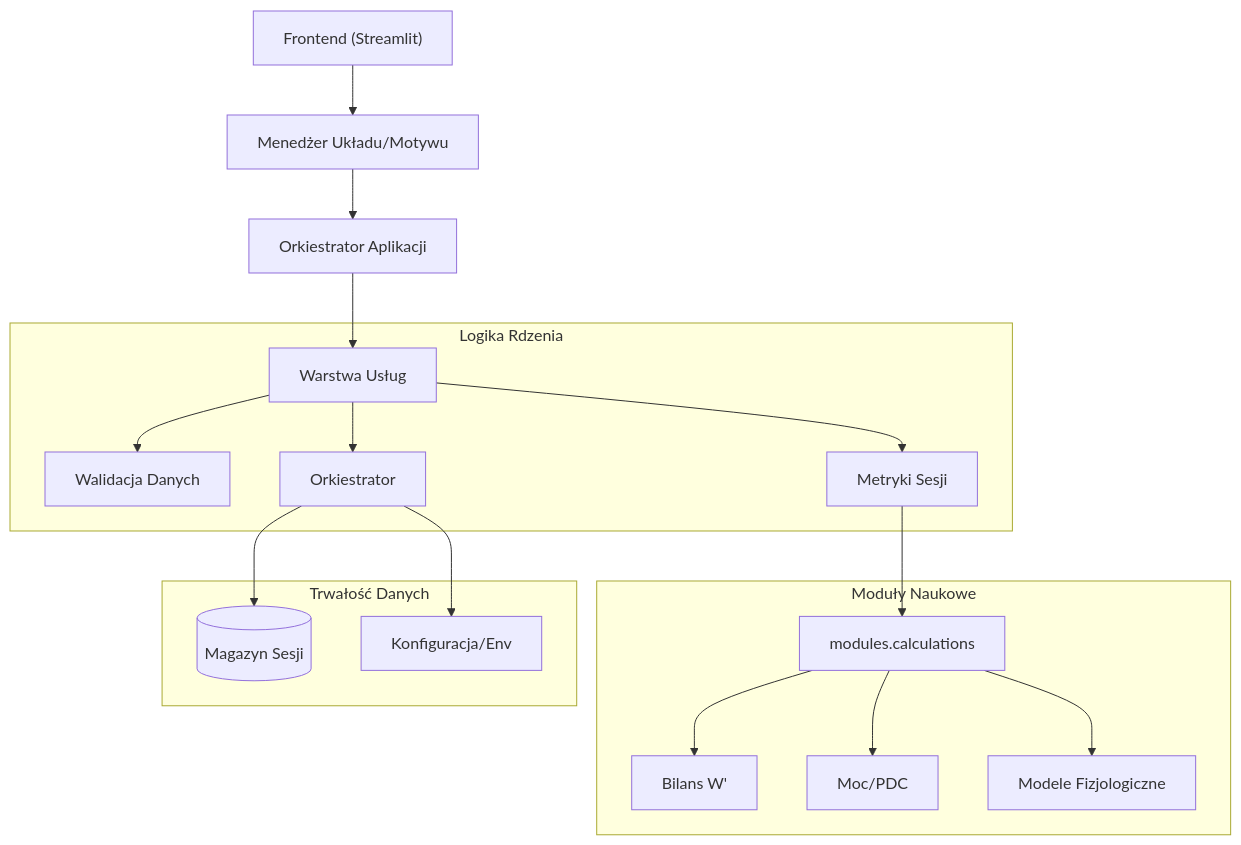
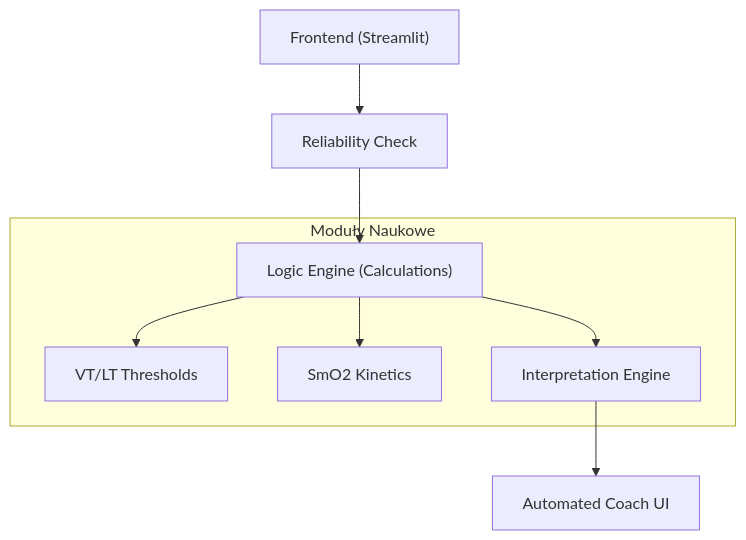
Before and after one commit to WielkiKrzych/Tri_Dashboard: the diagram in README.md, drawn with Mermaid. The commit also changed other lines of this file and 3 other files, not shown here.

Commit message:
feat: Enhance physiological analysis with robust VT detection, SmO2 context, and a reliability engine, reflected in an updated README and new UI quality indicators.

````diff
--- a/README.md
+++ b/README.md
@@ -13,24 +15,13 @@
 ```mermaid
 graph TD
-    UI["Frontend (Streamlit)"] --> Layout["Menedżer Układu/Motywu"]
-    Layout --> App["Orkiestrator Aplikacji"]
-    App --> Services["Warstwa Usług"]
+    UI["Frontend (Streamlit)"] --> Quality["Reliability Check"]
+    Quality --> Analysis["Logic Engine (Calculations)"]
     
-    subgraph "Logika Rdzenia"
-        Services --> Validation["Walidacja Danych"]
-        Services --> Analysis["Metryki Sesji"]
-        Services --> Orch["Orkiestrator"]
+    subgraph "Moduły Naukowe"
+        Analysis --> Thresholds["VT/LT Thresholds"]
+        Analysis --> Kinetics["SmO2 Kinetics"]
+        Analysis --> Interpret["Interpretation Engine"]
     end
     
-    subgraph "Moduły Naukowe"
-        Analysis --> Calc["modules.calculations"]
-        Calc --> WPrime["Bilans W'"]
-        Calc --> Power["Moc/PDC"]
-        Calc --> Reform["Modele Fizjologiczne"]
-    end
-    
-    subgraph "Trwałość Danych"
-        Orch --> SQLite[("Magazyn Sesji")]
-        Orch --> Config["Konfiguracja/Env"]
-    end
+    Interpret --> Coach["Automated Coach UI"]
 ```
````
